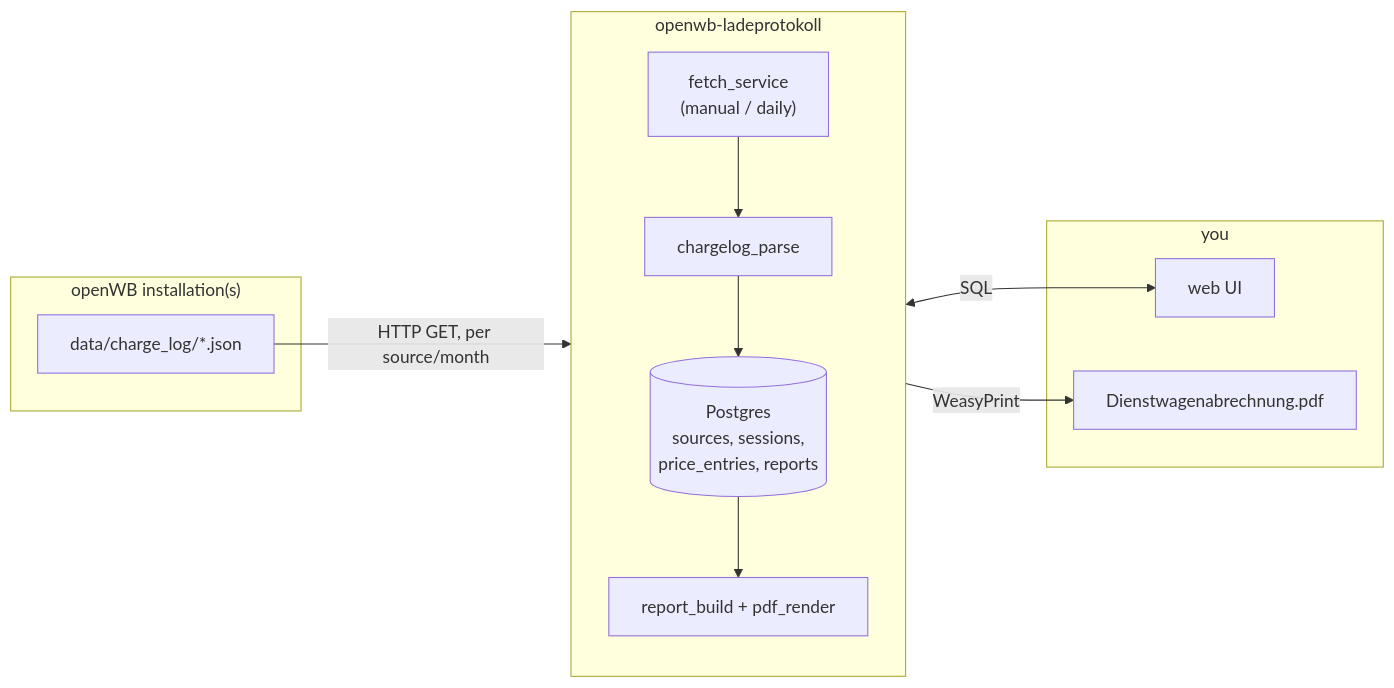
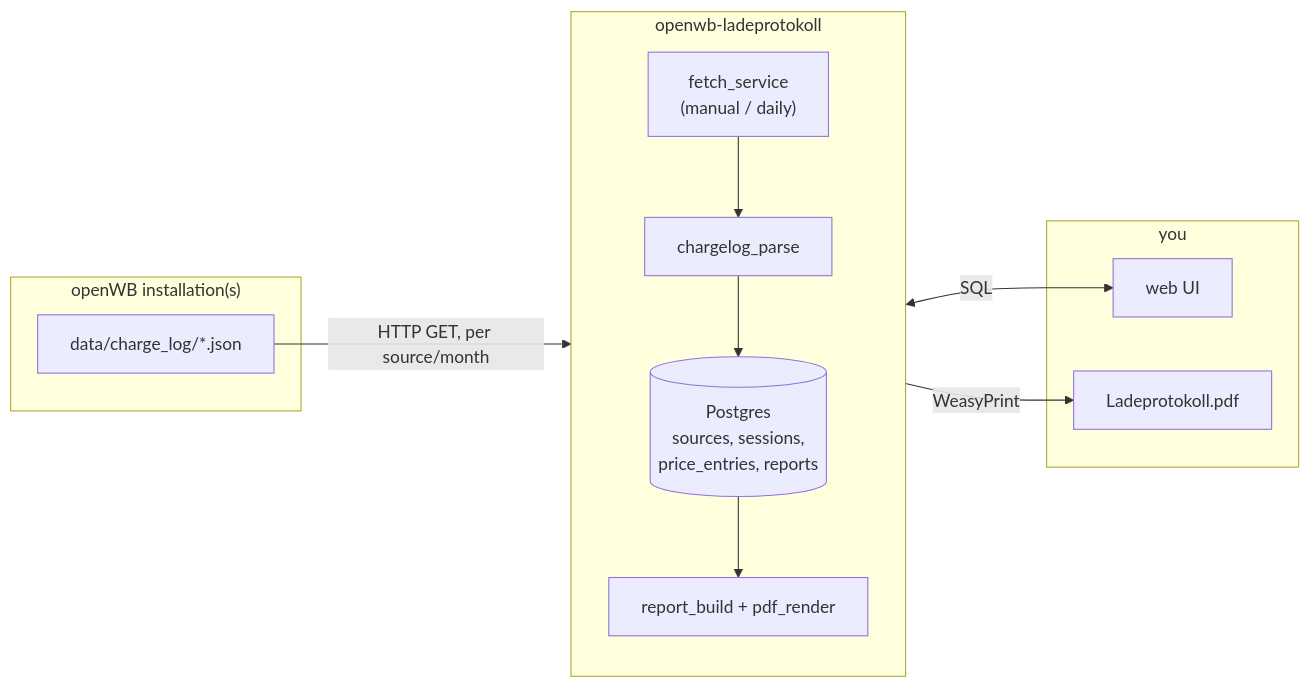
One commit to seaspotter/openwb-ladeprotokoll changed the diagram in README.md. Above: the diagram before and after it, drawn with Mermaid. The commit also changed other lines of this file and 17 other files, not shown here.

````diff
--- a/README.md
+++ b/README.md
@@ -56,25 +55,25 @@
 ```mermaid
 flowchart LR
     subgraph openwb["openWB installation(s)"]
         chargelog["data/charge_log/*.json"]
     end
 
     subgraph app["openwb-ladeprotokoll"]
         direction TB
         fetch["fetch_service<br/>(manual / daily)"]
         parse["chargelog_parse"]
         db[("Postgres<br/>sources, sessions,<br/>price_entries, reports")]
         report["report_build + pdf_render"]
         fetch --> parse --> db
         db --> report
     end
 
     subgraph browser["you"]
         ui["web UI"]
-        pdf["Dienstwagenabrechnung.pdf"]
+        pdf["Ladeprotokoll.pdf"]
     end
 
     chargelog -- "HTTP GET, per source/month" --> fetch
     db <-- "SQL" --> ui
     report -- "WeasyPrint" --> pdf
 ```
````
